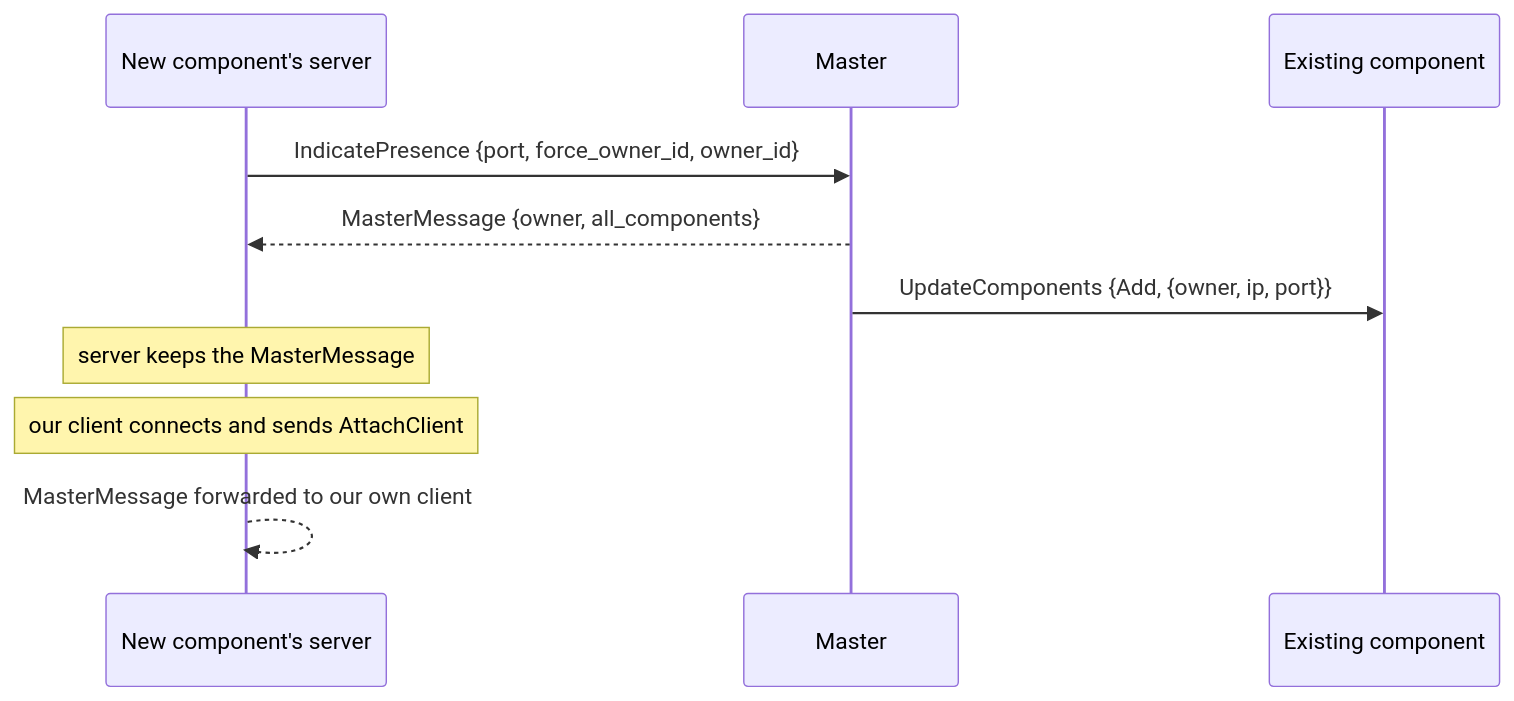
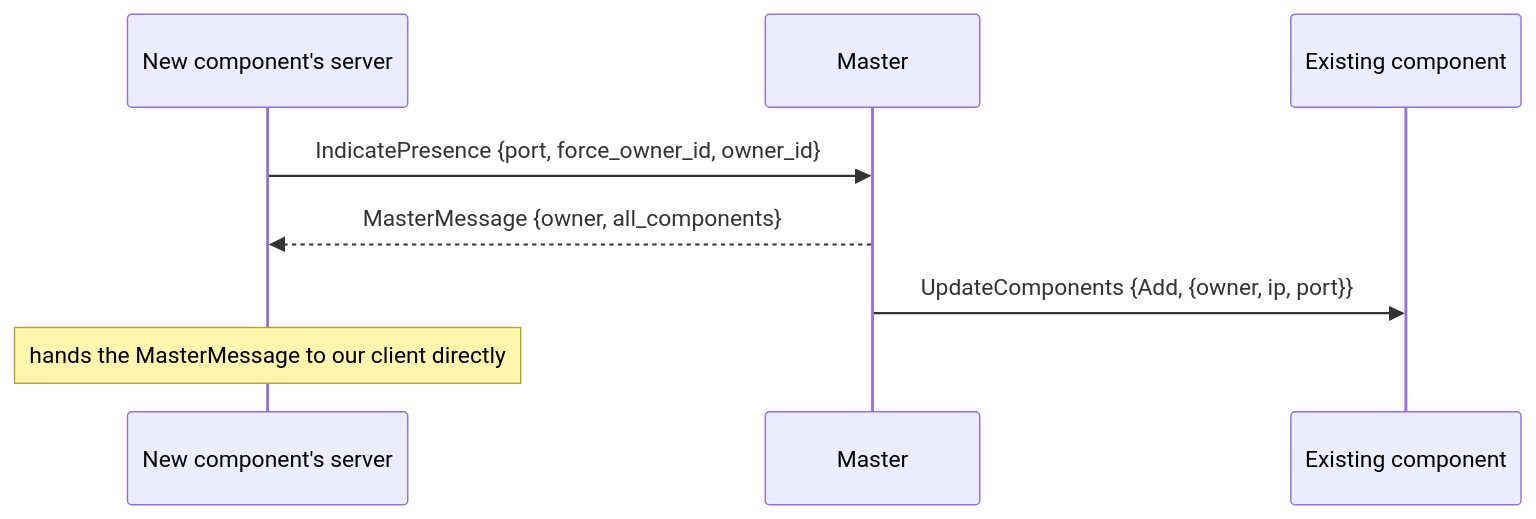
The first of 4 diagrams in docs/dev/protocol.md (ksatyaki/srnp), drawn with Mermaid before and after one commit. The commit also changed other lines of this file and 27 other files, not shown here.

````diff
--- a/docs/dev/protocol.md
+++ b/docs/dev/protocol.md
@@ -145,12 +138,10 @@
 ```mermaid
 sequenceDiagram
     participant S as New component's server
     participant M as Master
     participant O as Existing component
     S->>M: IndicatePresence {port, force_owner_id, owner_id}
     M-->>S: MasterMessage {owner, all_components}
     M->>O: UpdateComponents {Add, {owner, ip, port}}
-    Note over S: server keeps the MasterMessage
-    Note over S: our client connects and sends AttachClient
-    S-->>S: MasterMessage forwarded to our own client
+    Note over S: hands the MasterMessage to our client directly
 ```
````
